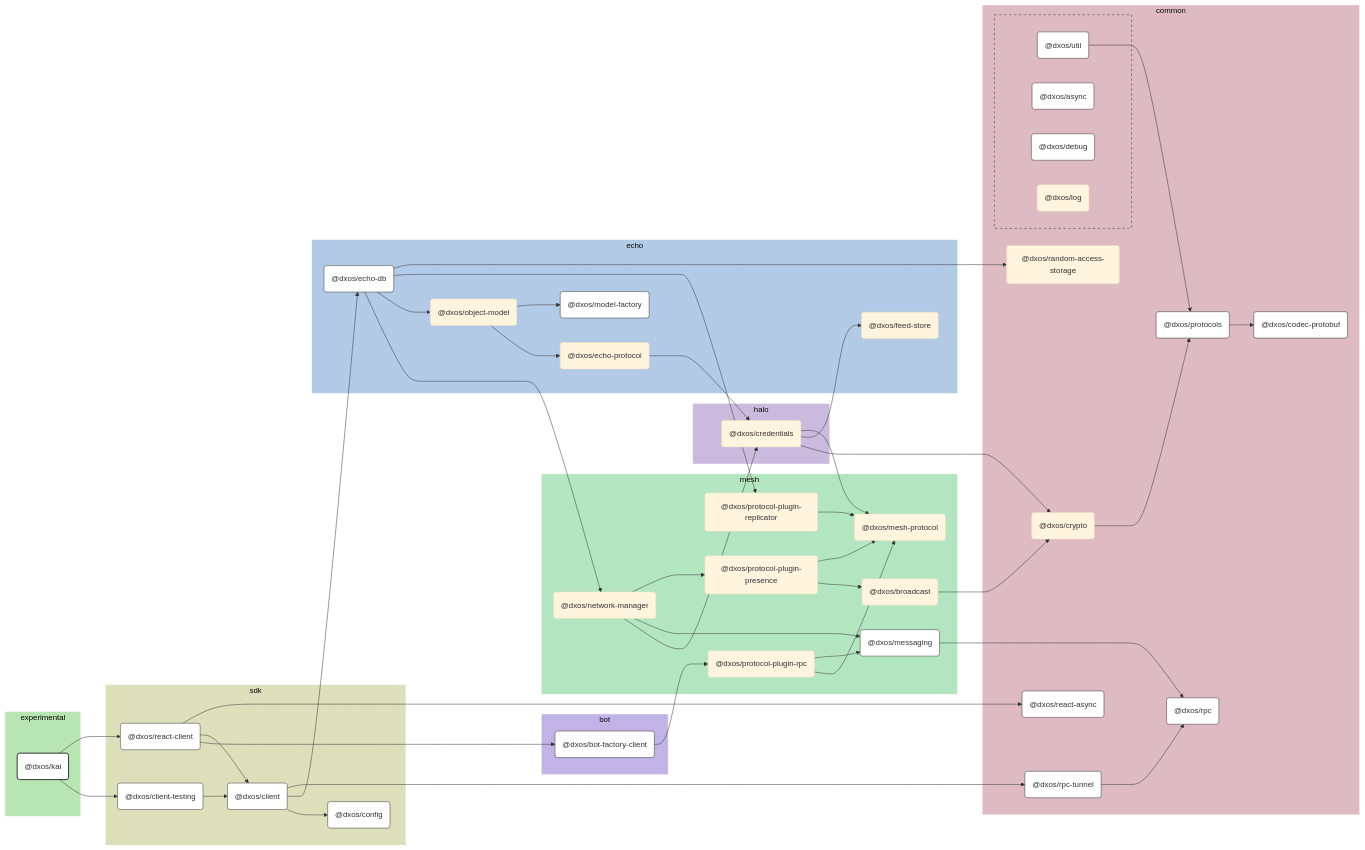
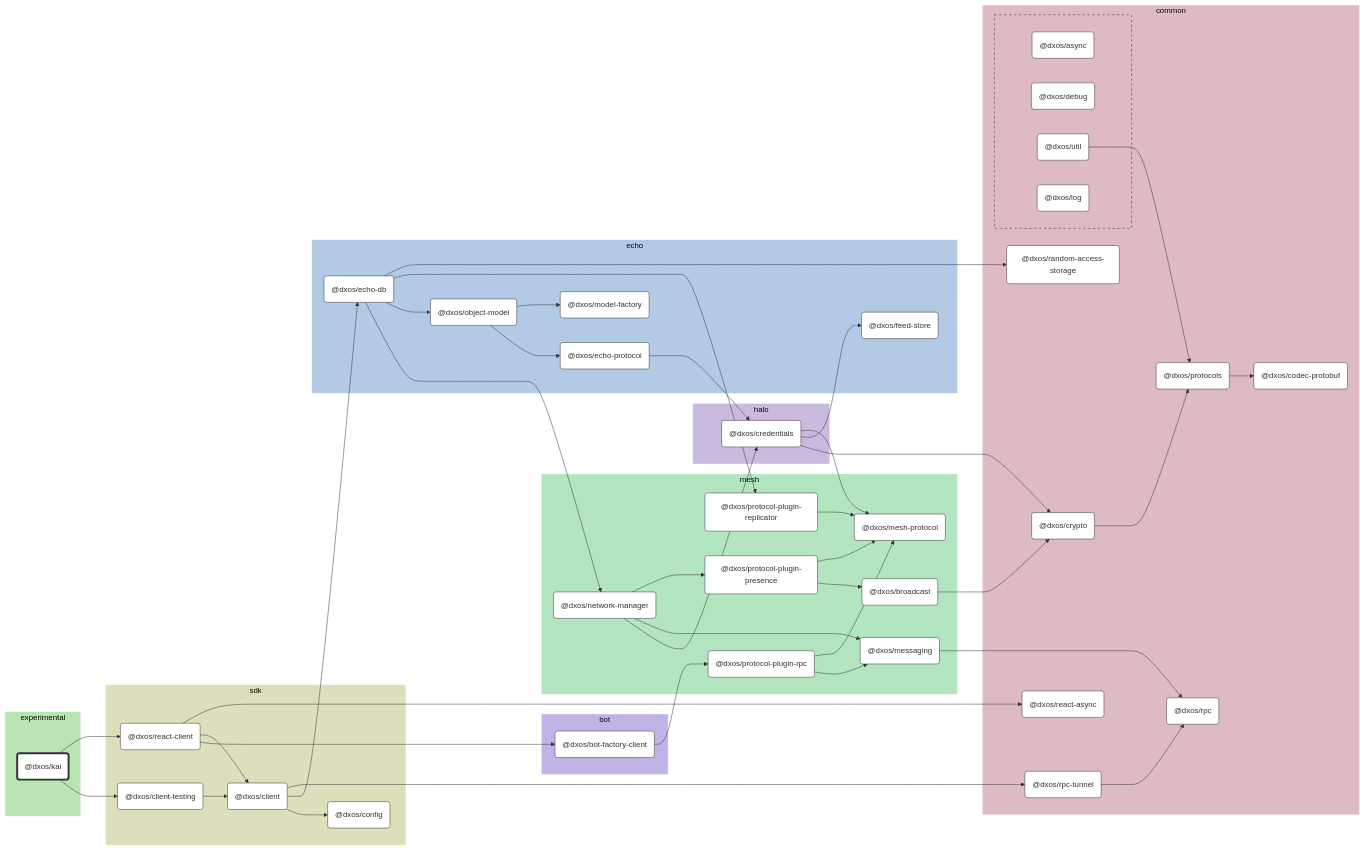
One commit to dxos/dxos changed the diagram in apps/experimental/kai/docs/README.md. Above: the diagram before and after it, drawn with Mermaid (base theme). The commit also changed other lines of this file and 104 other files, not shown here.

````diff
--- a/apps/experimental/kai/docs/README.md
+++ b/apps/experimental/kai/docs/README.md
@@ -9,153 +9,138 @@
 
 flowchart LR
 
-%% Links
-dxos/bot-factory-client --> dxos/protocol-plugin-rpc;
-dxos/broadcast --> dxos/crypto;
-dxos/client --> dxos/config;
-dxos/client --> dxos/echo-db;
-dxos/client --> dxos/rpc-tunnel;
-dxos/client-testing --> dxos/client;
-dxos/credentials --> dxos/crypto;
-dxos/credentials --> dxos/feed-store;
-dxos/credentials --> dxos/mesh-protocol;
-dxos/crypto --> dxos/protocols;
-dxos/echo-db --> dxos/network-manager;
-dxos/echo-db --> dxos/object-model;
-dxos/echo-db --> dxos/protocol-plugin-replicator;
-dxos/echo-db --> dxos/random-access-storage;
-dxos/echo-protocol --> dxos/credentials;
-dxos/kai --> dxos/client-testing;
-dxos/kai --> dxos/react-client;
-dxos/messaging --> dxos/rpc;
-dxos/network-manager --> dxos/credentials;
-dxos/network-manager --> dxos/messaging;
-dxos/network-manager --> dxos/protocol-plugin-presence;
-dxos/object-model --> dxos/echo-protocol;
-dxos/object-model --> dxos/model-factory;
-dxos/protocol-plugin-presence --> dxos/broadcast;
-dxos/protocol-plugin-presence --> dxos/mesh-protocol;
-dxos/protocol-plugin-replicator --> dxos/mesh-protocol;
-dxos/protocol-plugin-rpc --> dxos/mesh-protocol;
-dxos/protocol-plugin-rpc --> dxos/messaging;
-dxos/protocols --> dxos/codec-protobuf;
-dxos/react-client --> dxos/bot-factory-client;
-dxos/react-client --> dxos/client;
-dxos/react-client --> dxos/react-async;
-dxos/rpc-tunnel --> dxos/rpc;
-dxos/util --> dxos/protocols;
+%% Classes
+classDef def fill:#fff,stroke:#333,stroke-width:1px
+classDef root fill:#fff,stroke:#333,stroke-width:4px
 
-%% Sections
-subgraph experimental
-  style experimental fill:#b8e6b3,stroke:#fff;
+%% Nodes
 
-  dxos/kai("@dxos/kai")
+subgraph experimental [experimental]
+  style experimental fill:#b8e6b3,stroke:#fff
+  dxos/kai("@dxos/kai"):::root
+  click dxos/kai "dxos/dxos/tree/main/apps/experimental/kai/docs"
 end
 
-subgraph common
-  style common fill:#debac2,stroke:#fff;
-
-  dxos/codec-protobuf("@dxos/codec-protobuf")
-  dxos/crypto("@dxos/crypto")
-  dxos/protocols("@dxos/protocols")
-  dxos/random-access-storage("@dxos/random-access-storage")
-  dxos/react-async("@dxos/react-async")
-  dxos/rpc("@dxos/rpc")
-  dxos/rpc-tunnel("@dxos/rpc-tunnel")
+subgraph common [common]
+  style common fill:#debac2,stroke:#fff
+  dxos/codec-protobuf("@dxos/codec-protobuf"):::def
+  click dxos/codec-protobuf "dxos/dxos/tree/main/packages/common/codec-protobuf/docs"
+  dxos/protocols("@dxos/protocols"):::def
+  click dxos/protocols "dxos/dxos/tree/main/packages/common/protocols/docs"
+  dxos/crypto("@dxos/crypto"):::def
+  click dxos/crypto "dxos/dxos/tree/main/packages/common/crypto/docs"
+  dxos/rpc("@dxos/rpc"):::def
+  click dxos/rpc "dxos/dxos/tree/main/packages/common/rpc/docs"
+  dxos/random-access-storage("@dxos/random-access-storage"):::def
+  click dxos/random-access-storage "dxos/dxos/tree/main/packages/common/random-access-storage/docs"
+  dxos/rpc-tunnel("@dxos/rpc-tunnel"):::def
+  click dxos/rpc-tunnel "dxos/dxos/tree/main/packages/common/rpc-tunnel/docs"
+  dxos/react-async("@dxos/react-async"):::def
+  click dxos/react-async "dxos/dxos/tree/main/packages/common/react-async/docs"
 
   subgraph common-excluded [ ]
-    style common-excluded fill:#debac2,stroke:#333,stroke-dasharray:5 5;
-
-    dxos/async("@dxos/async")
-    dxos/debug("@dxos/debug")
-    dxos/log("@dxos/log")
-    dxos/util("@dxos/util")
+    style common-excluded fill:#debac2,stroke:#333,stroke-dasharray:5 5
+    dxos/async("@dxos/async"):::def
+    click dxos/async "dxos/dxos/tree/main/packages/common/async/docs"
+    dxos/debug("@dxos/debug"):::def
+    click dxos/debug "dxos/dxos/tree/main/packages/common/debug/docs"
+    dxos/util("@dxos/util"):::def
+    click dxos/util "dxos/dxos/tree/main/packages/common/util/docs"
+    dxos/log("@dxos/log"):::def
+    click dxos/log "dxos/dxos/tree/main/packages/common/log/docs"
   end
 end
 
-subgraph sdk
-  style sdk fill:#dddeba,stroke:#fff;
-
-  dxos/client("@dxos/client")
-  dxos/client-testing("@dxos/client-testing")
-  dxos/config("@dxos/config")
-  dxos/react-client("@dxos/react-client")
+subgraph sdk [sdk]
+  style sdk fill:#dddeba,stroke:#fff
+  dxos/client("@dxos/client"):::def
+  click dxos/client "dxos/dxos/tree/main/packages/sdk/client/docs"
+  dxos/config("@dxos/config"):::def
+  click dxos/config "dxos/dxos/tree/main/packages/sdk/config/docs"
+  dxos/client-testing("@dxos/client-testing"):::def
+  click dxos/client-testing "dxos/dxos/tree/main/packages/sdk/client-testing/docs"
+  dxos/react-client("@dxos/react-client"):::def
+  click dxos/react-client "dxos/dxos/tree/main/packages/sdk/react-client/docs"
 end
 
-subgraph echo
-  style echo fill:#b3cae6,stroke:#fff;
-
-  dxos/echo-db("@dxos/echo-db")
-  dxos/echo-protocol("@dxos/echo-protocol")
-  dxos/feed-store("@dxos/feed-store")
-  dxos/model-factory("@dxos/model-factory")
-  dxos/object-model("@dxos/object-model")
+subgraph echo [echo]
+  style echo fill:#b3cae6,stroke:#fff
+  dxos/echo-db("@dxos/echo-db"):::def
+  click dxos/echo-db "dxos/dxos/tree/main/packages/echo/echo-db/docs"
+  dxos/feed-store("@dxos/feed-store"):::def
+  click dxos/feed-store "dxos/dxos/tree/main/packages/echo/feed-store/docs"
+  dxos/echo-protocol("@dxos/echo-protocol"):::def
+  click dxos/echo-protocol "dxos/dxos/tree/main/packages/echo/echo-protocol/docs"
+  dxos/model-factory("@dxos/model-factory"):::def
+  click dxos/model-factory "dxos/dxos/tree/main/packages/echo/model-factory/docs"
+  dxos/object-model("@dxos/object-model"):::def
+  click dxos/object-model "dxos/dxos/tree/main/packages/echo/object-model/docs"
 end
 
-subgraph halo
-  style halo fill:#cabade,stroke:#fff;
-
-  dxos/credentials("@dxos/credentials")
+subgraph halo [halo]
+  style halo fill:#cabade,stroke:#fff
+  dxos/credentials("@dxos/credentials"):::def
+  click dxos/credentials "dxos/dxos/tree/main/packages/halo/credentials/docs"
 end
 
-subgraph mesh
-  style mesh fill:#b3e6c0,stroke:#fff;
-
-  dxos/broadcast("@dxos/broadcast")
-  dxos/mesh-protocol("@dxos/mesh-protocol")
-  dxos/messaging("@dxos/messaging")
-  dxos/network-manager("@dxos/network-manager")
-  dxos/protocol-plugin-presence("@dxos/protocol-plugin-presence")
-  dxos/protocol-plugin-replicator("@dxos/protocol-plugin-replicator")
-  dxos/protocol-plugin-rpc("@dxos/protocol-plugin-rpc")
+subgraph mesh [mesh]
+  style mesh fill:#b3e6c0,stroke:#fff
+  dxos/mesh-protocol("@dxos/mesh-protocol"):::def
+  click dxos/mesh-protocol "dxos/dxos/tree/main/packages/mesh/mesh-protocol/docs"
+  dxos/messaging("@dxos/messaging"):::def
+  click dxos/messaging "dxos/dxos/tree/main/packages/mesh/messaging/docs"
+  dxos/network-manager("@dxos/network-manager"):::def
+  click dxos/network-manager "dxos/dxos/tree/main/packages/mesh/network-manager/docs"
+  dxos/protocol-plugin-presence("@dxos/protocol-plugin-presence"):::def
+  click dxos/protocol-plugin-presence "dxos/dxos/tree/main/packages/mesh/protocol-plugin-presence/docs"
+  dxos/broadcast("@dxos/broadcast"):::def
+  click dxos/broadcast "dxos/dxos/tree/main/packages/mesh/broadcast/docs"
+  dxos/protocol-plugin-replicator("@dxos/protocol-plugin-replicator"):::def
+  click dxos/protocol-plugin-replicator "dxos/dxos/tree/main/packages/mesh/protocol-plugin-replicator/docs"
+  dxos/protocol-plugin-rpc("@dxos/protocol-plugin-rpc"):::def
+  click dxos/protocol-plugin-rpc "dxos/dxos/tree/main/packages/mesh/protocol-plugin-rpc/docs"
 end
 
-subgraph bot
-  style bot fill:#c2b3e6,stroke:#fff;
-
-  dxos/bot-factory-client("@dxos/bot-factory-client")
+subgraph bot [bot]
+  style bot fill:#c2b3e6,stroke:#fff
+  dxos/bot-factory-client("@dxos/bot-factory-client"):::def
+  click dxos/bot-factory-client "dxos/dxos/tree/main/packages/bot/bot-factory-client/docs"
 end
 
-
-%% Hyperlinks
-click dxos/async "dxos/dxos/tree/main/packages/common/async/docs";
-click dxos/bot-factory-client "dxos/dxos/tree/main/packages/bot/bot-factory-client/docs";
-click dxos/client "dxos/dxos/tree/main/packages/sdk/client/docs";
-click dxos/client-testing "dxos/dxos/tree/main/packages/sdk/client-testing/docs";
-click dxos/codec-protobuf "dxos/dxos/tree/main/packages/common/codec-protobuf/docs";
-click dxos/config "dxos/dxos/tree/main/packages/sdk/config/docs";
-click dxos/debug "dxos/dxos/tree/main/packages/common/debug/docs";
-click dxos/echo-db "dxos/dxos/tree/main/packages/echo/echo-db/docs";
-click dxos/messaging "dxos/dxos/tree/main/packages/mesh/messaging/docs";
-click dxos/model-factory "dxos/dxos/tree/main/packages/echo/model-factory/docs";
-click dxos/protocols "dxos/dxos/tree/main/packages/common/protocols/docs";
-click dxos/react-async "dxos/dxos/tree/main/packages/common/react-async/docs";
-click dxos/react-client "dxos/dxos/tree/main/packages/sdk/react-client/docs";
-click dxos/rpc "dxos/dxos/tree/main/packages/common/rpc/docs";
-click dxos/rpc-tunnel "dxos/dxos/tree/main/packages/common/rpc-tunnel/docs";
-click dxos/util "dxos/dxos/tree/main/packages/common/util/docs";
-
-%% Styles
-classDef rootNode fill:#fff,stroke:#333,stroke-width:2px
-classDef defaultNode fill:#fff,stroke:#333,stroke-width:1px
+%% Links
 linkStyle default stroke:#333,stroke-width:1px
-
-dxos/kai:::rootNode
-
-dxos/async:::defaultNode
-dxos/bot-factory-client:::defaultNode
-dxos/client:::defaultNode
-dxos/client-testing:::defaultNode
-dxos/codec-protobuf:::defaultNode
-dxos/config:::defaultNode
-dxos/debug:::defaultNode
-dxos/echo-db:::defaultNode
-dxos/messaging:::defaultNode
-dxos/model-factory:::defaultNode
-dxos/protocols:::defaultNode
-dxos/react-async:::defaultNode
-dxos/react-client:::defaultNode
-dxos/rpc:::defaultNode
-dxos/rpc-tunnel:::defaultNode
-dxos/util:::defaultNode
+dxos/client --> dxos/config
+dxos/protocols --> dxos/codec-protobuf
+dxos/util --> dxos/protocols
+dxos/client --> dxos/echo-db
+dxos/credentials --> dxos/crypto
+dxos/crypto --> dxos/protocols
+dxos/credentials --> dxos/feed-store
+dxos/credentials --> dxos/mesh-protocol
+dxos/echo-protocol --> dxos/credentials
+dxos/messaging --> dxos/rpc
+dxos/echo-db --> dxos/network-manager
+dxos/network-manager --> dxos/credentials
+dxos/network-manager --> dxos/messaging
+dxos/network-manager --> dxos/protocol-plugin-presence
+dxos/protocol-plugin-presence --> dxos/broadcast
+dxos/broadcast --> dxos/crypto
+dxos/protocol-plugin-presence --> dxos/mesh-protocol
+dxos/echo-db --> dxos/object-model
+dxos/object-model --> dxos/echo-protocol
+dxos/object-model --> dxos/model-factory
+dxos/echo-db --> dxos/protocol-plugin-replicator
+dxos/protocol-plugin-replicator --> dxos/mesh-protocol
+dxos/echo-db --> dxos/random-access-storage
+dxos/client --> dxos/rpc-tunnel
+dxos/rpc-tunnel --> dxos/rpc
+dxos/kai --> dxos/client-testing
+dxos/client-testing --> dxos/client
+dxos/kai --> dxos/react-client
+dxos/react-client --> dxos/bot-factory-client
+dxos/bot-factory-client --> dxos/protocol-plugin-rpc
+dxos/protocol-plugin-rpc --> dxos/messaging
+dxos/protocol-plugin-rpc --> dxos/mesh-protocol
+dxos/react-client --> dxos/client
+dxos/react-client --> dxos/react-async
 ```
````
